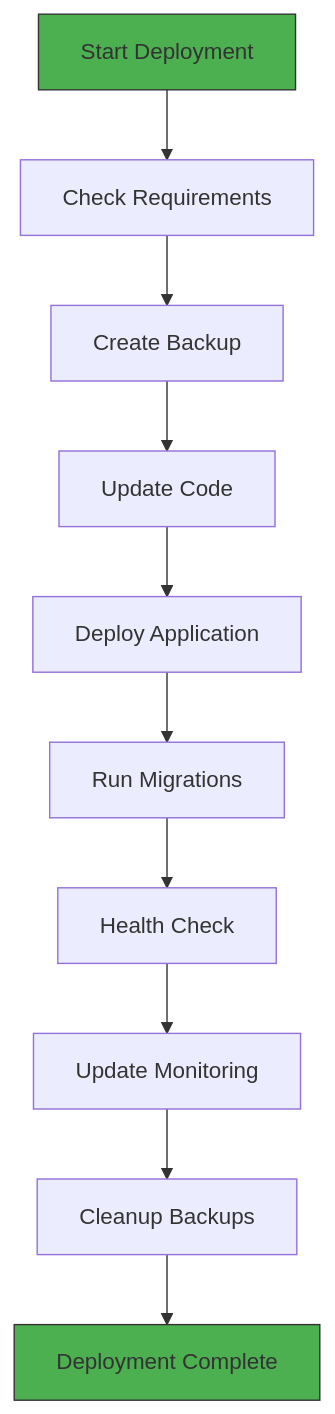
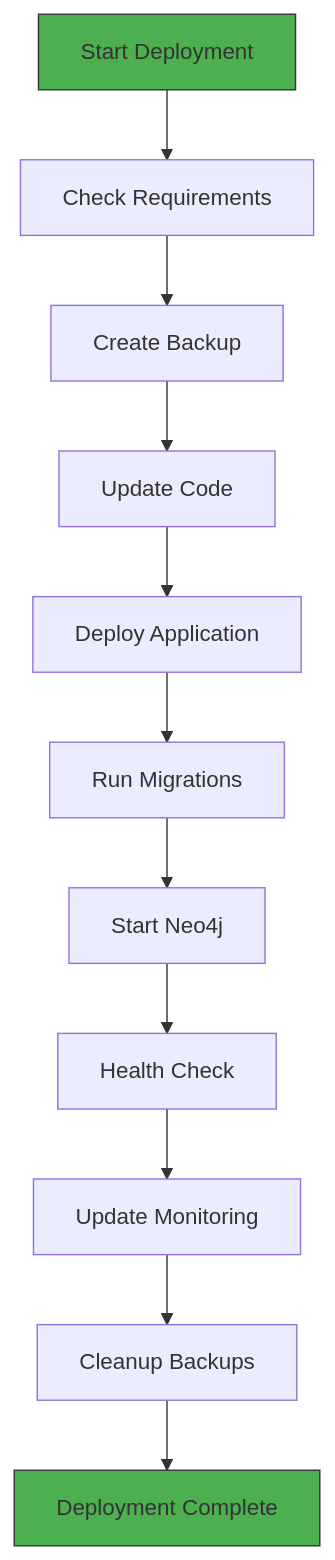
The third of 4 diagrams in .qoder/repowiki/en/content/Deployment & Operations.md (Lego4005/nfl-predictor-api), drawn with Mermaid before and after one commit. The commit also changed other lines of this file and 146 other files, not shown here.

````diff
--- a/.qoder/repowiki/en/content/Deployment & Operations.md
+++ b/.qoder/repowiki/en/content/Deployment & Operations.md
@@ -64,14 +212,15 @@
 ```mermaid
 flowchart TD
 A[Start Deployment] --> B[Check Requirements]
 B --> C[Create Backup]
 C --> D[Update Code]
 D --> E[Deploy Application]
 E --> F[Run Migrations]
-F --> G[Health Check]
-G --> H[Update Monitoring]
-H --> I[Cleanup Backups]
-I --> J[Deployment Complete]
+F --> G[Start Neo4j]
+G --> H[Health Check]
+H --> I[Update Monitoring]
+I --> J[Cleanup Backups]
+J --> K[Deployment Complete]
 style A fill:#4CAF50,stroke:#333
-style J fill:#4CAF50,stroke:#333
+style K fill:#4CAF50,stroke:#333
 ```
````
